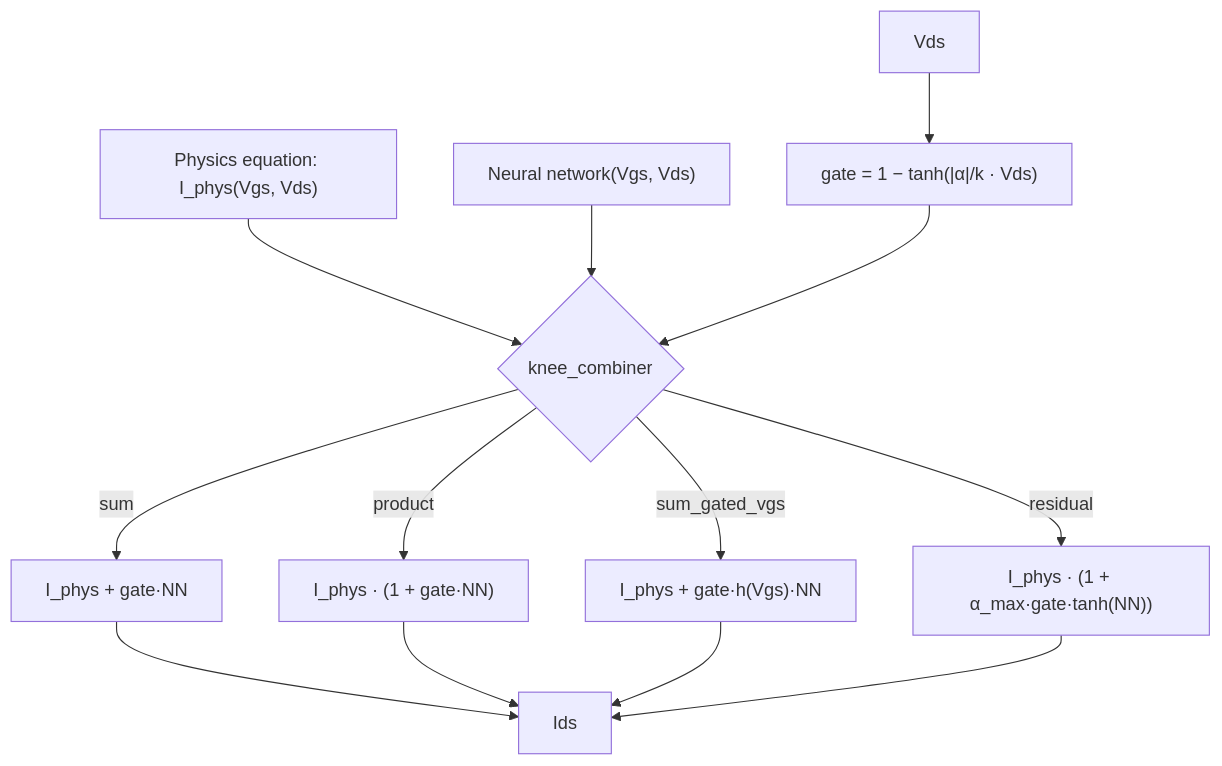
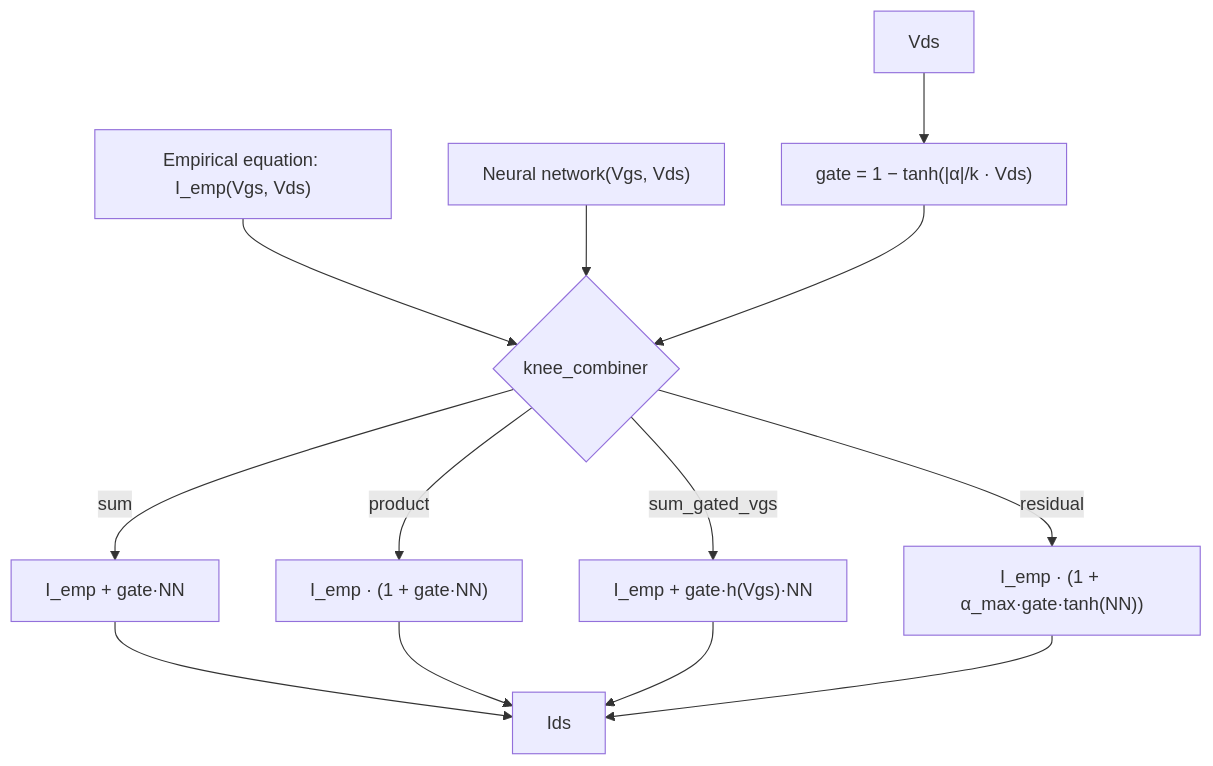
Before and after one commit to Angel-AD/transistor_modeling: the fourth of 5 diagrams in docs/MODEL_ARCHITECTURES.md, drawn with Mermaid. The commit also changed other lines of this file, not shown here.

First line of the commit message:
Rename 'physics equation' to 'empirical equation' (Angelov is curve-fit, not physics-derived)

````diff
--- a/docs/MODEL_ARCHITECTURES.md
+++ b/docs/MODEL_ARCHITECTURES.md
@@ -214,12 +214,12 @@
 ```mermaid
 flowchart TD
-    PHYS["Physics equation: I_phys(Vgs, Vds)"] --> COMBINE
+    EMP["Empirical equation: I_emp(Vgs, Vds)"] --> COMBINE
     Vds --> GATEFN["gate = 1 − tanh(|α|/k · Vds)"]
     NN["Neural network(Vgs, Vds)"] --> COMBINE
     GATEFN --> COMBINE{"knee_combiner"}
-    COMBINE -->|sum| C1["I_phys + gate·NN"]
-    COMBINE -->|product| C2["I_phys · (1 + gate·NN)"]
-    COMBINE -->|sum_gated_vgs| C3["I_phys + gate·h(Vgs)·NN"]
-    COMBINE -->|residual| C4["I_phys · (1 + α_max·gate·tanh(NN))"]
+    COMBINE -->|sum| C1["I_emp + gate·NN"]
+    COMBINE -->|product| C2["I_emp · (1 + gate·NN)"]
+    COMBINE -->|sum_gated_vgs| C3["I_emp + gate·h(Vgs)·NN"]
+    COMBINE -->|residual| C4["I_emp · (1 + α_max·gate·tanh(NN))"]
     C1 & C2 & C3 & C4 --> OUT["Ids"]
 ```
````
